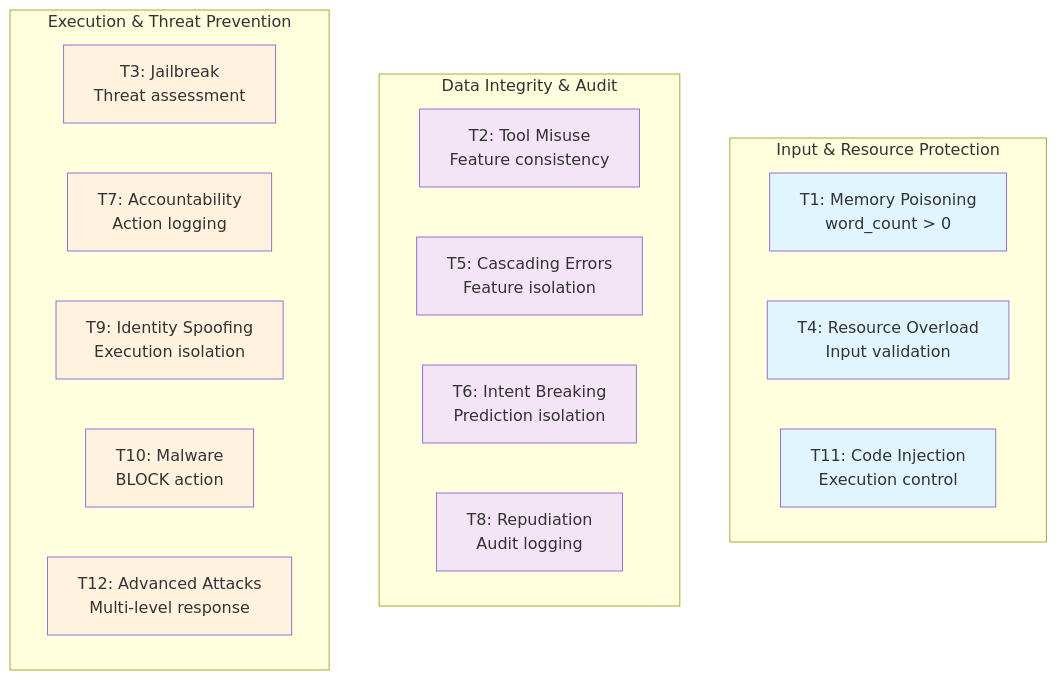
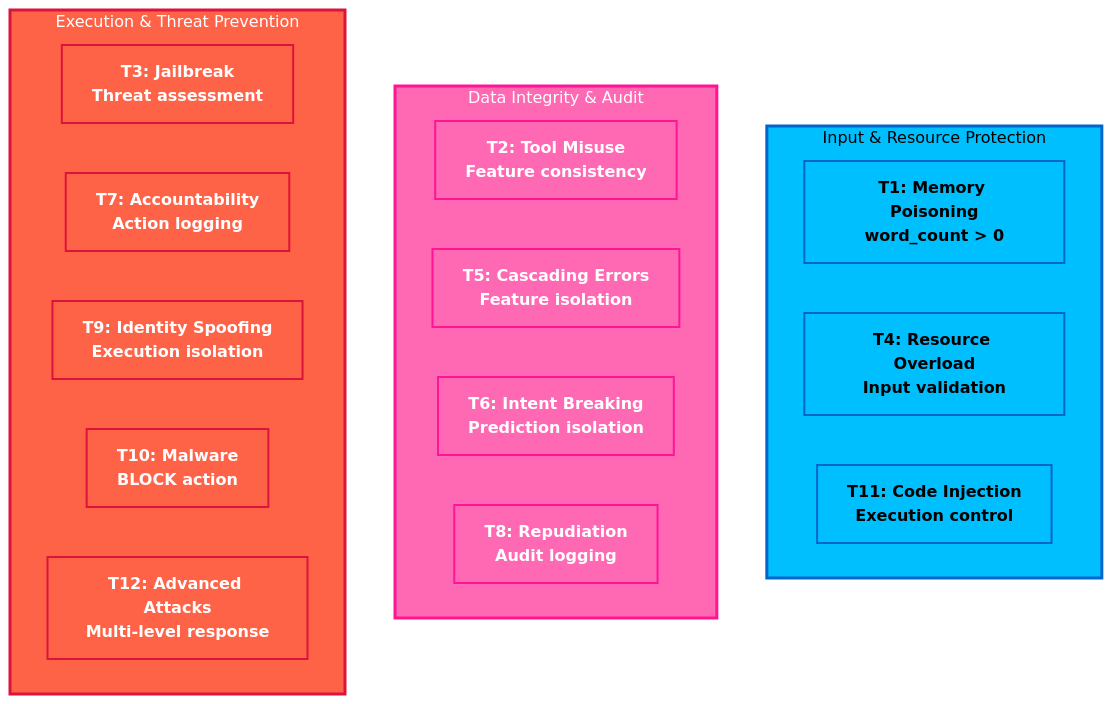
Before and after one commit to steadhac/ai-threat-analytics-framework: the third of 3 diagrams in README.md, drawn with Mermaid. The commit also changed other lines of this file, not shown here.

Commit message:
docs: Fix mermaid diagram syntax in Architecture section

````diff
--- a/README.md
+++ b/README.md
@@ -158,36 +176,42 @@
 ``` mermaid
 graph TB
     subgraph T1T4["Input & Resource Protection"]
         T1["T1: Memory Poisoning<br/>word_count > 0"]
         T4["T4: Resource Overload<br/>Input validation"]
         T11["T11: Code Injection<br/>Execution control"]
     end
     
     subgraph T5T8["Data Integrity & Audit"]
         T2["T2: Tool Misuse<br/>Feature consistency"]
         T5["T5: Cascading Errors<br/>Feature isolation"]
         T6["T6: Intent Breaking<br/>Prediction isolation"]
         T8["T8: Repudiation<br/>Audit logging"]
     end
     
     subgraph T9T12["Execution & Threat Prevention"]
         T3["T3: Jailbreak<br/>Threat assessment"]
         T7["T7: Accountability<br/>Action logging"]
         T9["T9: Identity Spoofing<br/>Execution isolation"]
         T10["T10: Malware<br/>BLOCK action"]
         T12["T12: Advanced Attacks<br/>Multi-level response"]
     end
     
-    style T1 fill:#e1f5ff
-    style T4 fill:#e1f5ff
-    style T11 fill:#e1f5ff
-    style T2 fill:#f3e5f5
-    style T5 fill:#f3e5f5
-    style T6 fill:#f3e5f5
-    style T8 fill:#f3e5f5
-    style T3 fill:#fff3e0
-    style T7 fill:#fff3e0
-    style T9 fill:#fff3e0
-    style T10 fill:#fff3e0
-    style T12 fill:#fff3e0
+    style T1T4 fill:#00BFFF,stroke:#0066CC,stroke-width:3px,color:#000
+    style T5T8 fill:#FF69B4,stroke:#FF1493,stroke-width:3px,color:#fff
+    style T9T12 fill:#FF6347,stroke:#DC143C,stroke-width:3px,color:#fff
+    
+    style T1 fill:#00BFFF,stroke:#0066CC,stroke-width:2px,color:#000,font-weight:bold
+    style T4 fill:#00BFFF,stroke:#0066CC,stroke-width:2px,color:#000,font-weight:bold
+    style T11 fill:#00BFFF,stroke:#0066CC,stroke-width:2px,color:#000,font-weight:bold
+    
+    style T2 fill:#FF69B4,stroke:#FF1493,stroke-width:2px,color:#fff,font-weight:bold
+    style T5 fill:#FF69B4,stroke:#FF1493,stroke-width:2px,color:#fff,font-weight:bold
+    style T6 fill:#FF69B4,stroke:#FF1493,stroke-width:2px,color:#fff,font-weight:bold
+    style T8 fill:#FF69B4,stroke:#FF1493,stroke-width:2px,color:#fff,font-weight:bold
+    
+    style T3 fill:#FF6347,stroke:#DC143C,stroke-width:2px,color:#fff,font-weight:bold
+    style T7 fill:#FF6347,stroke:#DC143C,stroke-width:2px,color:#fff,font-weight:bold
+    style T9 fill:#FF6347,stroke:#DC143C,stroke-width:2px,color:#fff,font-weight:bold
+    style T10 fill:#FF6347,stroke:#DC143C,stroke-width:2px,color:#fff,font-weight:bold
+    style T12 fill:#FF6347,stroke:#DC143C,stroke-width:2px,color:#fff,font-weight:bold
 ```
````
